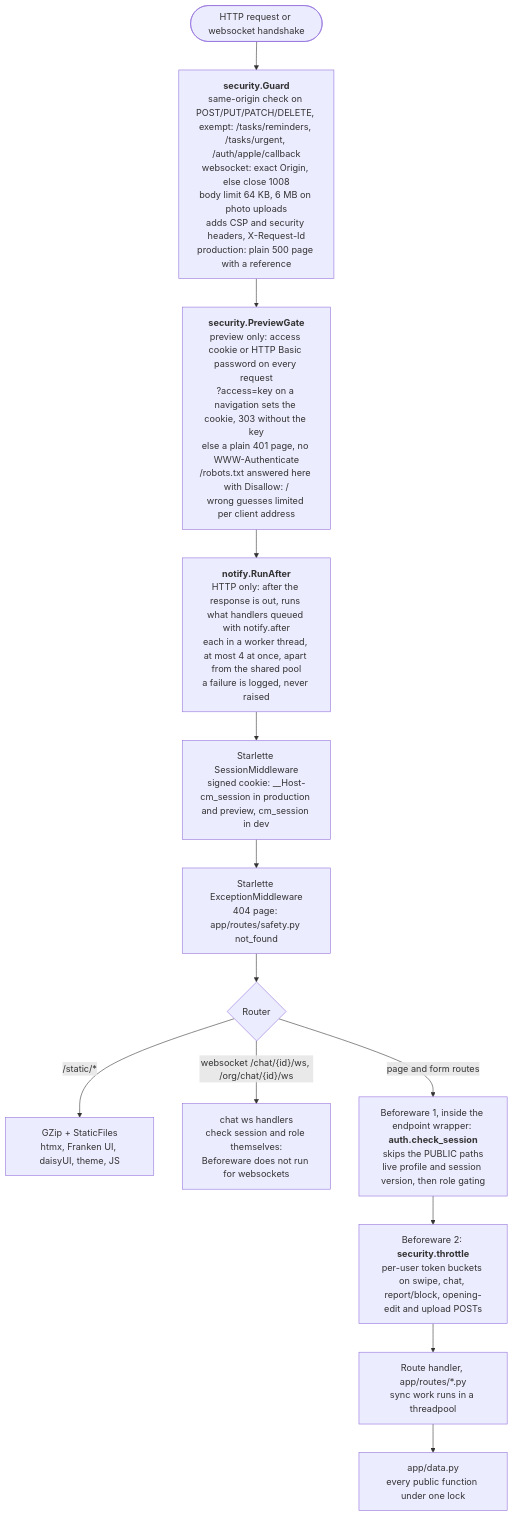
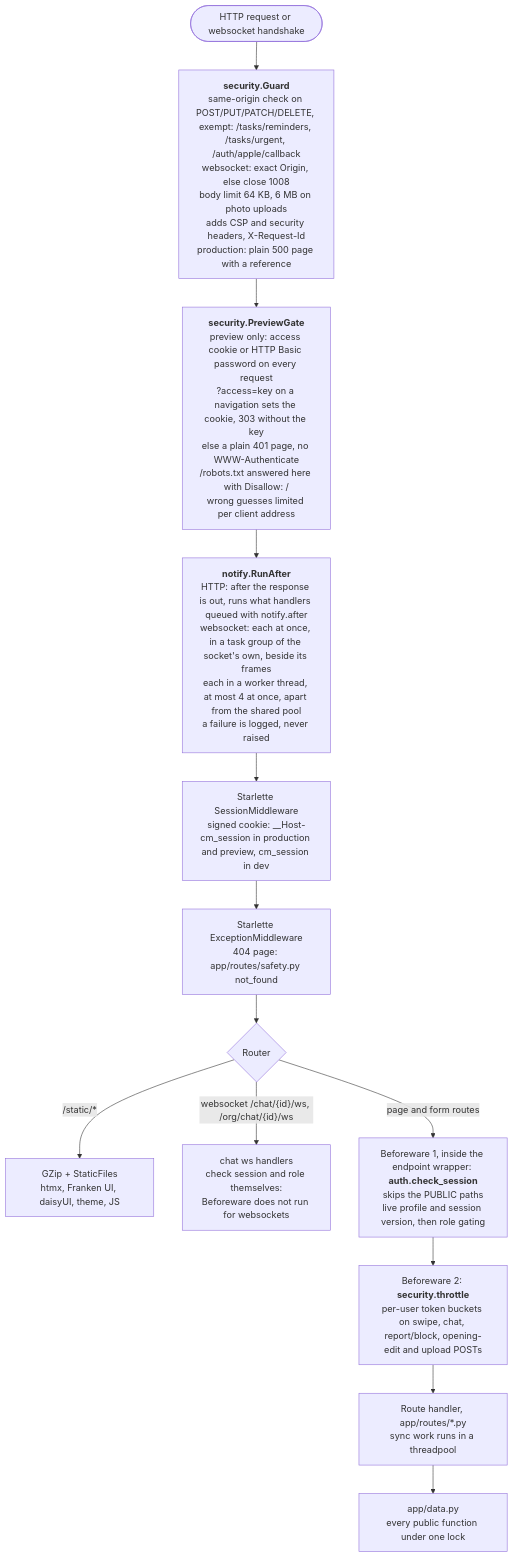
One commit to slegroux/causematch changed diagram 11 of 26 in docs/ARCHITECTURE.md. Above: the diagram before and after it, drawn with Mermaid. The commit also changed other lines of this file and 10 other files, not shown here.

First line of the commit message:
Send the chat notice and sign-in links through notify.after

````diff
--- a/docs/ARCHITECTURE.md
+++ b/docs/ARCHITECTURE.md
@@ -551,18 +551,18 @@
 ```mermaid
 flowchart TD
     req(["HTTP request or websocket handshake"]) --> guard
     guard["<b>security.Guard</b><br/>same-origin check on POST/PUT/PATCH/DELETE, exempt: /tasks/reminders, /tasks/urgent, /auth/apple/callback<br/>websocket: exact Origin, else close 1008<br/>body limit 64 KB, 6 MB on photo uploads<br/>adds CSP and security headers, X-Request-Id<br/>production: plain 500 page with a reference"]
     guard --> gate
     gate["<b>security.PreviewGate</b><br/>preview only: access cookie or HTTP Basic password on every request<br/>?access=key on a navigation sets the cookie, 303 without the key<br/>else a plain 401 page, no WWW-Authenticate<br/>/robots.txt answered here with Disallow: /<br/>wrong guesses limited per client address"]
-    gate --> after["<b>notify.RunAfter</b><br/>HTTP only: after the response is out, runs what handlers queued with notify.after<br/>each in a worker thread, at most 4 at once, apart from the shared pool<br/>a failure is logged, never raised"]
+    gate --> after["<b>notify.RunAfter</b><br/>HTTP: after the response is out, runs what handlers queued with notify.after<br/>websocket: each at once, in a task group of the socket's own, beside its frames<br/>each in a worker thread, at most 4 at once, apart from the shared pool<br/>a failure is logged, never raised"]
     after --> sess["Starlette SessionMiddleware<br/>signed cookie: __Host-cm_session in production and preview, cm_session in dev"]
     sess --> exc["Starlette ExceptionMiddleware<br/>404 page: app/routes/safety.py not_found"]
     exc --> router{"Router"}
     router -- "/static/*" --> static["GZip + StaticFiles<br/>htmx, Franken UI, daisyUI, theme, JS"]
     router -- "websocket /chat/{id}/ws, /org/chat/{id}/ws" --> ws["chat ws handlers<br/>check session and role themselves:<br/>Beforeware does not run for websockets"]
     router -- "page and form routes" --> bw
     bw["Beforeware 1, inside the endpoint wrapper: <b>auth.check_session</b><br/>skips the PUBLIC paths<br/>live profile and session version, then role gating"]
     bw --> thr["Beforeware 2: <b>security.throttle</b><br/>per-user token buckets on swipe, chat, report/block, opening-edit and upload POSTs"]
     thr --> handler["Route handler, app/routes/*.py<br/>sync work runs in a threadpool"]
     handler --> data["app/data.py<br/>every public function under one lock"]
 ```
````
